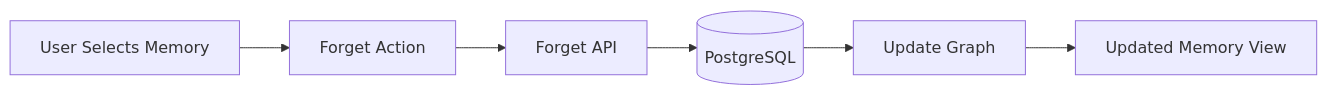
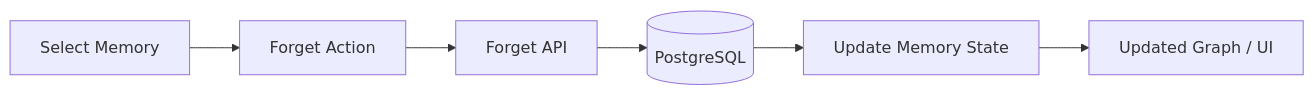
The sixth of 8 diagrams in README.md (AroonZafar/EchoMind), drawn with Mermaid before and after one commit. The commit also changed other lines of this file, not shown here.

````diff
--- a/README.md
+++ b/README.md
@@ -349,8 +301,8 @@
-```mermaid
+~~~mermaid
 flowchart LR
-    U[User Selects Memory] --> F[Forget Action]
+    U[Select Memory] --> F[Forget Action]
     F --> API[Forget API]
     API --> DB[(PostgreSQL)]
-    DB --> G[Update Graph]
-    G --> UI[Updated Memory View]
-```
+    DB --> G[Update Memory State]
+    G --> UI[Updated Graph / UI]
+~~~
````
